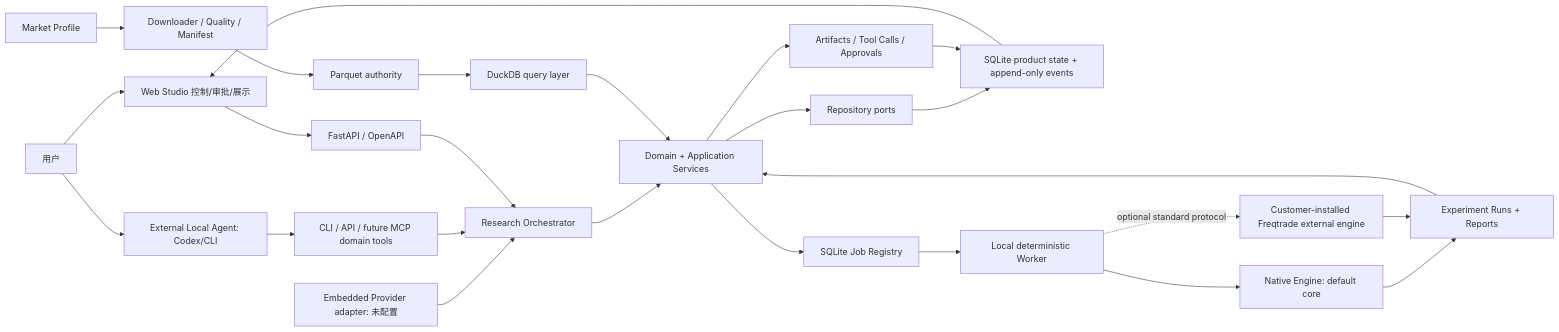
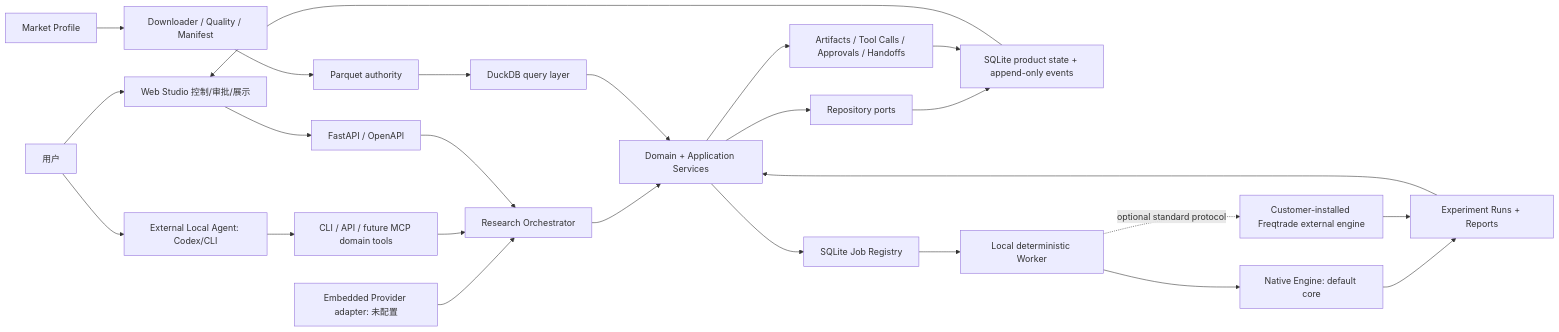
One commit to goodperson888/quant-research-lab changed the first of 3 diagrams in docs/16-产品化目标架构-v1.md. Above: the diagram before and after it, drawn with Mermaid. The commit also changed other lines of this file and 7 other files, not shown here.

````diff
--- a/docs/16-产品化目标架构-v1.md
+++ b/docs/16-产品化目标架构-v1.md
@@ -11,27 +11,27 @@
 ```mermaid
 flowchart LR
     U["用户"] --> WEB["Web Studio 控制/审批/展示"]
     U --> EA["External Local Agent: Codex/CLI"]
     WEB --> API["FastAPI / OpenAPI"]
     EA --> TOOLS["CLI / API / future MCP domain tools"]
     EP["Embedded Provider adapter: 未配置"] --> ORCH["Research Orchestrator"]
     TOOLS --> ORCH
     API --> ORCH
     ORCH --> DOMAIN["Domain + Application Services"]
     DOMAIN --> REPO["Repository ports"]
     REPO --> APPDB["SQLite product state + append-only events"]
     DOMAIN --> JOBS["SQLite Job Registry"]
     JOBS --> WORKER["Local deterministic Worker"]
     WORKER --> NATIVE["Native Engine: default core"]
     WORKER -. optional standard protocol .-> FT["Customer-installed Freqtrade external engine"]
     NATIVE --> RUNS["Experiment Runs + Reports"]
     FT --> RUNS
     MP["Market Profile"] --> DATA["Downloader / Quality / Manifest"]
     DATA --> PARQUET["Parquet authority"]
     PARQUET --> DUCK["DuckDB query layer"]
     DUCK --> DOMAIN
     RUNS --> DOMAIN
-    DOMAIN --> AUDIT["Artifacts / Tool Calls / Approvals"]
+    DOMAIN --> AUDIT["Artifacts / Tool Calls / Approvals / Handoffs"]
     AUDIT --> APPDB
     APPDB --> WEB
 ```
````
